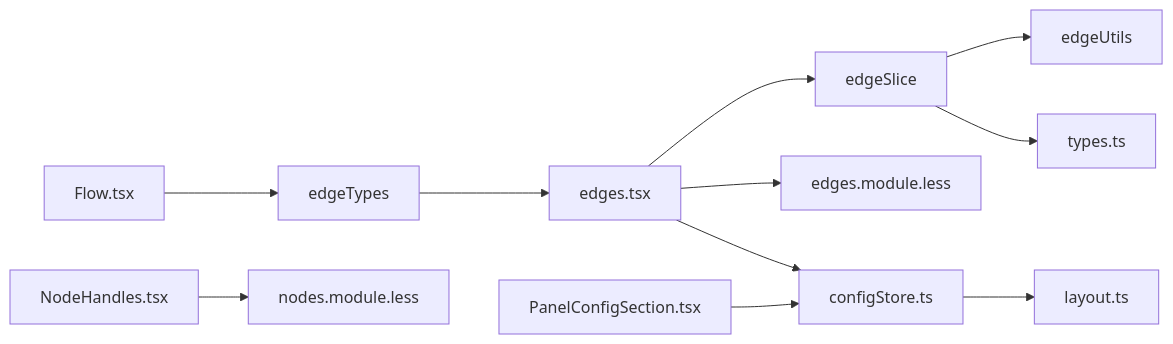
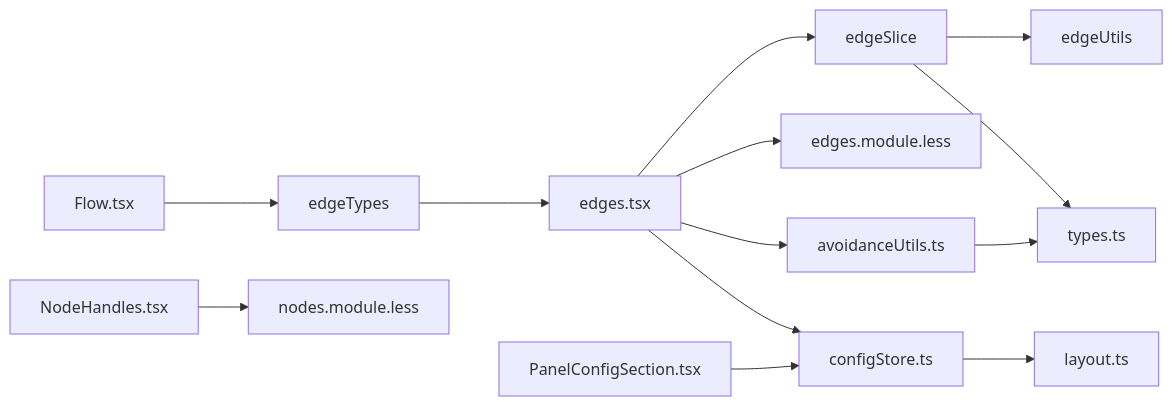
The sixth of 6 diagrams in .qoder/repowiki/zh/content/工作流编辑器/连接系统.md (kqcoxn/MaaPipelineEditor), drawn with Mermaid before and after one commit. The commit also changed other lines of this file and 19 other files, not shown here.

````diff
--- a/.qoder/repowiki/zh/content/工作流编辑器/连接系统.md
+++ b/.qoder/repowiki/zh/content/工作流编辑器/连接系统.md
@@ -383,13 +432,15 @@
 ```mermaid
 graph LR
 Flow["Flow.tsx"] --> EdgeTypes["edgeTypes"]
 EdgeTypes --> MarkedEdge["edges.tsx"]
 MarkedEdge --> edgeSlice
 MarkedEdge --> edgesModule["edges.module.less"]
 MarkedEdge --> configStore["configStore.ts"]
+MarkedEdge --> avoidanceUtils["avoidanceUtils.ts"]
 NodeHandles["NodeHandles.tsx"] --> nodesModule["nodes.module.less"]
 edgeSlice --> edgeUtils
 edgeSlice --> types["types.ts"]
 PanelConfigSection["PanelConfigSection.tsx"] --> configStore
 configStore --> layout["layout.ts"]
+avoidanceUtils --> types
 ```
````
